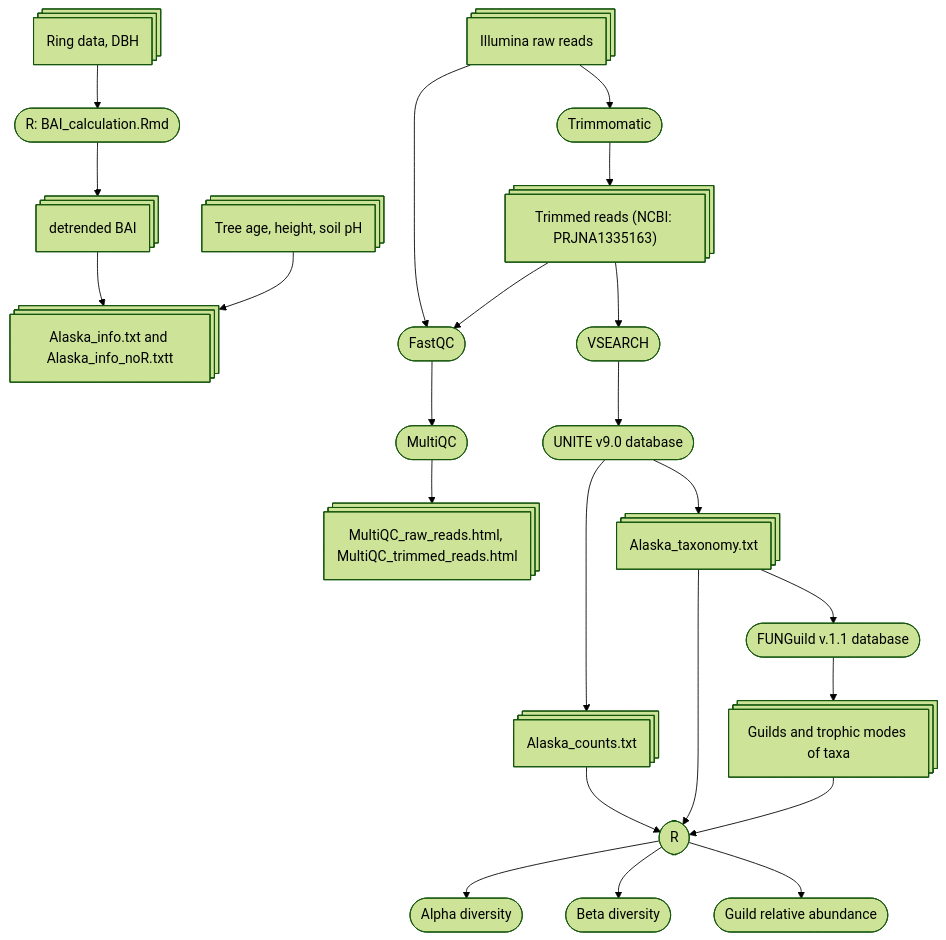
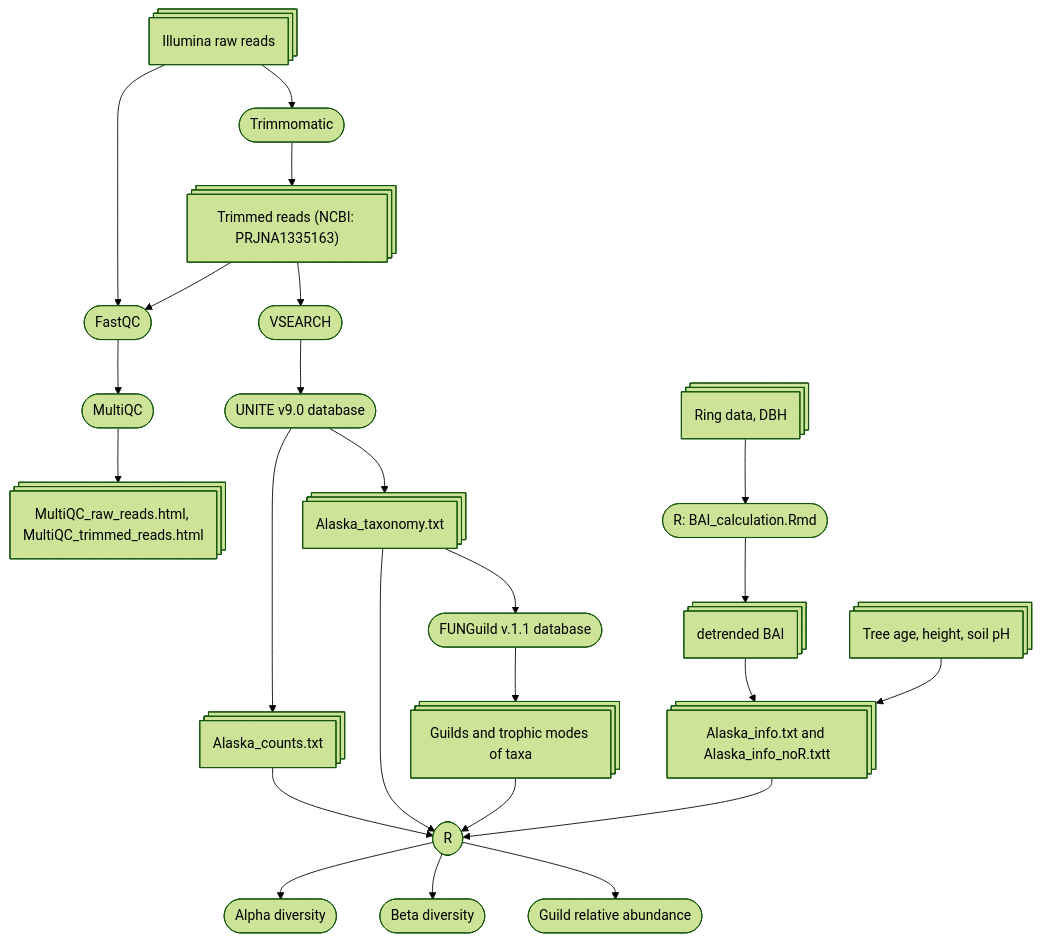
The diagram in README.md (kuprinak/Picea_glauca_ITS2), drawn with Mermaid (forest theme) before and after one commit.

````diff
--- a/README.md
+++ b/README.md
@@ -10,24 +10,24 @@
 ```mermaid
 flowchart TB
-
-Tree_data@{shape: procs, label: "Ring data, DBH"} --> R1([R: BAI_calculation.Rmd]) --> BAI@{shape: procs, label: "detrended BAI"} --> Sam_inf@{shape: procs, label: "Alaska_info.txt and Alaska_info_noR.txtt"};
-Data@{shape: procs, label: "Tree age, height, soil pH"}   --> Sam_inf
-
 
  A@{shape: procs, label: "Illumina raw reads"} --> B([Trimmomatic]);
     A --> Fa;
     Fa --> Mu([MultiQC]);
     B --> C@{shape: procs, label: "Trimmed reads (NCBI: PRJNA1335163)"};
     C --> Fa([FastQC]);
     Mu --> Mur@{shape: procs, label: "MultiQC_raw_reads.html, MultiQC_trimmed_reads.html"}; 
     C --> V([VSEARCH]);
     V --> T([UNITE v9.0 database]);
     T --> CV@{shape: procs, label: "Alaska_counts.txt"} --> R([R])
     T --> Ta@{shape: procs, label: "Alaska_taxonomy.txt"} --> R([R])
     Ta --> F([FUNGuild v.1.1 database]);
     F --> Gu@{shape: procs, label: "Guilds and trophic modes of taxa"} --> R([R])
     R([R]) --> alpha([Alpha diversity])
     R([R]) --> beta([Beta diversity])
     R([R]) --> Guild([Guild relative abundance])
 
+
+Tree_data@{shape: procs, label: "Ring data, DBH"} --> R1([R: BAI_calculation.Rmd]) --> BAI@{shape: procs, label: "detrended BAI"} --> Sam_inf@{shape: procs, label: "Alaska_info.txt and Alaska_info_noR.txtt"} --> R
+Data@{shape: procs, label: "Tree age, height, soil pH"}   --> Sam_inf
+
 ```
````
